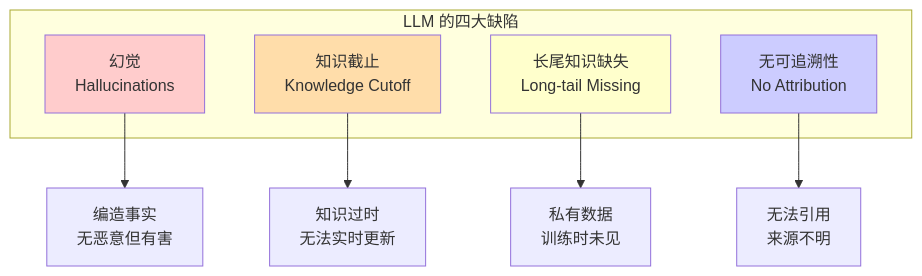
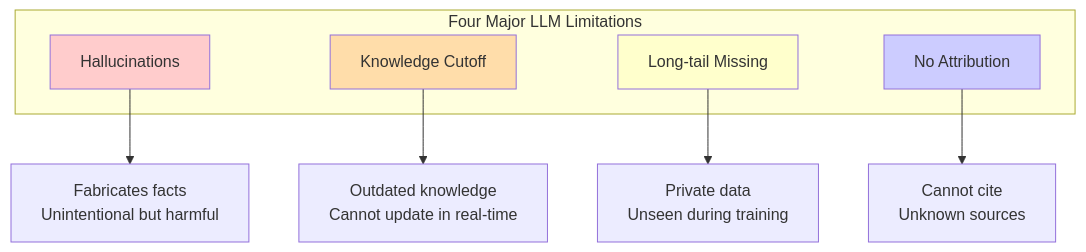
Before and after one commit to YiWang24/AiDIY: the third of 15 diagrams in docs/ai/rag/01-introduction.mdx, drawn with Mermaid. The commit also changed other lines of this file and 10 other files, not shown here.

First line of the commit message:
docs: enhance RAG documentation and fix Mermaid diagrams

````diff
--- a/docs/ai/rag/01-introduction.mdx
+++ b/docs/ai/rag/01-introduction.mdx
@@ -193,19 +193,19 @@
 ```mermaid
 flowchart TB
-    subgraph LLM_Defects["LLM 的四大缺陷"]
-        A["幻觉<br/>Hallucinations"]
-        B["知识截止<br/>Knowledge Cutoff"]
-        C["长尾知识缺失<br/>Long-tail Missing"]
-        D["无可追溯性<br/>No Attribution"]
+    subgraph LLM_Defects["Four Major LLM Limitations"]
+        A["Hallucinations"]
+        B["Knowledge Cutoff"]
+        C["Long-tail Missing"]
+        D["No Attribution"]
     end
 
-    A --> A1["编造事实<br/>无恶意但有害"]
-    B --> B1["知识过时<br/>无法实时更新"]
-    C --> C1["私有数据<br/>训练时未见"]
-    D --> D1["无法引用<br/>来源不明"]
+    A --> A1["Fabricates facts<br/>Unintentional but harmful"]
+    B --> B1["Outdated knowledge<br/>Cannot update in real-time"]
+    C --> C1["Private data<br/>Unseen during training"]
+    D --> D1["Cannot cite<br/>Unknown sources"]
 
     style A fill:#ffcccc
     style B fill:#ffddaa
     style C fill:#ffffcc
     style D fill:#ccccff
 ```
````
